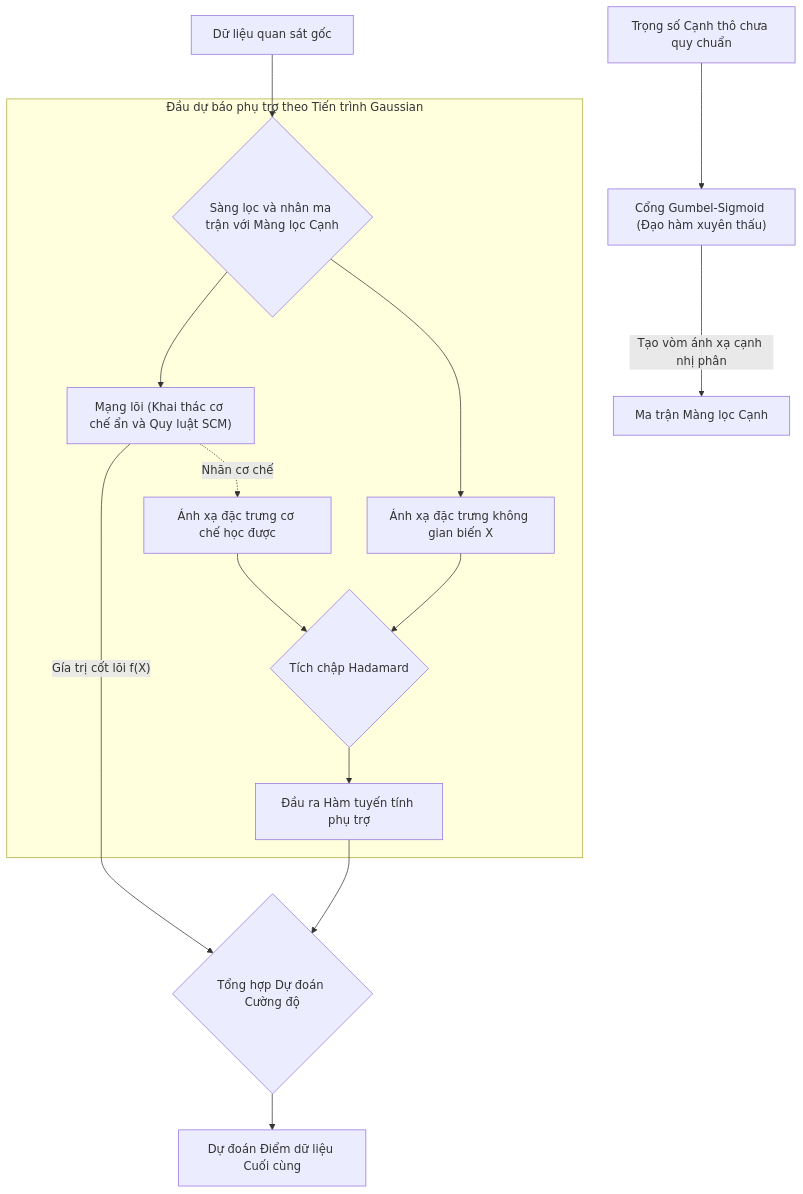
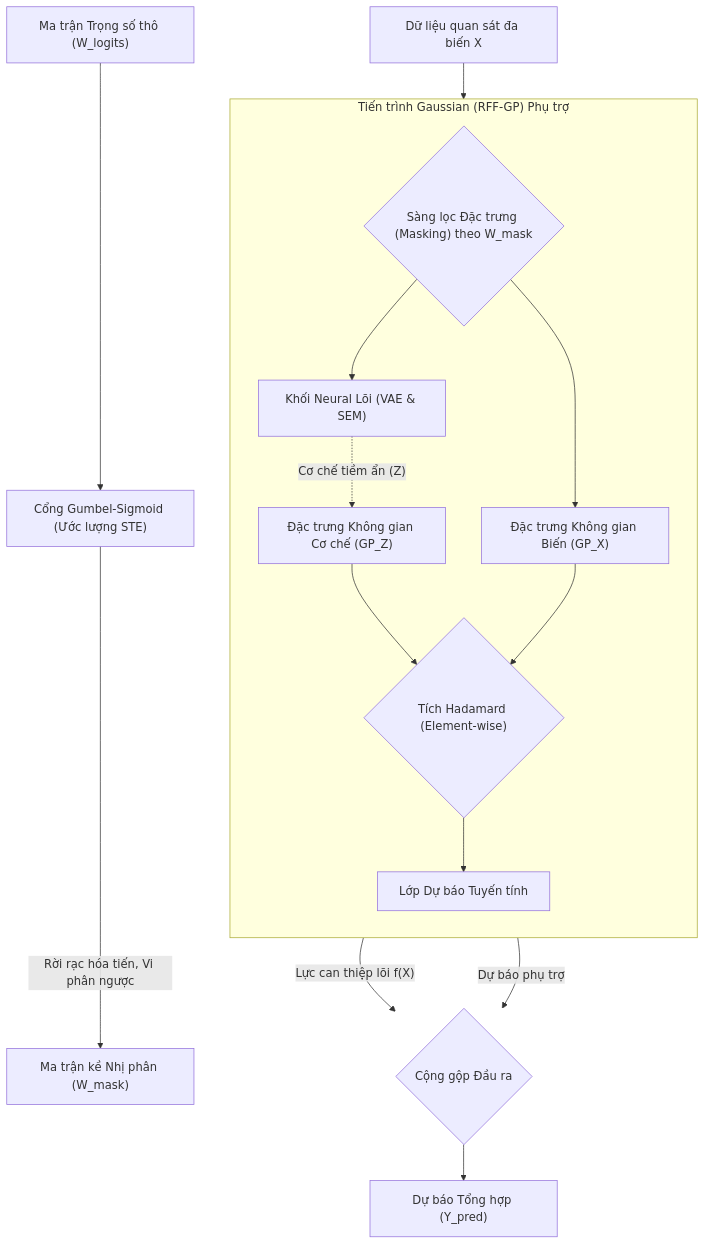
One commit to manhthai1706/DeepANM changed the fourth of 6 diagrams in docx/Chuong2_MoHinhDeepANM.md. Above: the diagram before and after it, drawn with Mermaid. The commit also changed other lines of this file, not shown here.

````diff
--- a/docx/Chuong2_MoHinhDeepANM.md
+++ b/docx/Chuong2_MoHinhDeepANM.md
@@ -120,20 +120,21 @@
 ```mermaid
 graph TD
-    W_logits["Trọng số Cạnh thô chưa quy chuẩn"] --> Gate["Cổng Gumbel-Sigmoid (Đạo hàm xuyên thấu)"]
-    Gate -->|"Tạo vòm ánh xạ cạnh nhị phân"| W_mask["Ma trận Màng lọc Cạnh"]
-    X["Dữ liệu quan sát gốc"] --> Masking{"Sàng lọc và nhân ma trận với Màng lọc Cạnh"}
+    W_logits["Ma trận Trọng số thô (W_logits)"] --> Gate["Cổng Gumbel-Sigmoid (Ước lượng STE)"]
+    Gate -->|"Rời rạc hóa tiến, Vi phân ngược"| W_mask["Ma trận kề Nhị phân (W_mask)"]
+    X["Dữ liệu quan sát đa biến X"] --> Masking{"Sàng lọc Đặc trưng (Masking) theo W_mask"}
     
-    Masking --> MLP["Mạng lõi (Khai thác cơ chế ẩn và Quy luật SCM)"]
+    Masking --> MLP["Khối Neural Lõi (VAE & SEM)"]
     
-    subgraph SongSong ["Đầu dự báo phụ trợ theo Tiến trình Gaussian"]
-        MLP -.-> |"Nhãn cơ chế"| GP_Z["Ánh xạ đặc trưng cơ chế học được"]
-        Masking --> GP_X["Ánh xạ đặc trưng không gian biến X"]
-        GP_Z --> Combine{"Tích chập Hadamard"}
+    subgraph SongSong ["Tiến trình Gaussian (RFF-GP) Phụ trợ"]
+        direction TB
+        MLP -.-> |"Cơ chế tiềm ẩn (Z)"| GP_Z["Đặc trưng Không gian Cơ chế (GP_Z)"]
+        Masking --> GP_X["Đặc trưng Không gian Biến (GP_X)"]
+        GP_Z --> Combine{"Tích Hadamard (Element-wise)"}
         GP_X --> Combine
-        Combine --> Linear["Đầu ra Hàm tuyến tính phụ trợ"]
+        Combine --> Linear["Lớp Dự báo Tuyến tính"]
     end
     
-    MLP --> |"Gía trị cốt lõi f(X)"| Sum{"Tổng hợp Dự đoán Cường độ"}
-    Linear --> Sum
-    Sum --> Y_pred["Dự đoán Điểm dữ liệu Cuối cùng"]
+    MLP --> |"Lực can thiệp lõi f(X)"| Sum{"Cộng gộp Đầu ra"}
+    Linear --> |"Dự báo phụ trợ"| Sum
+    Sum --> Y_pred["Dự báo Tổng hợp (Y_pred)"]
 ```
````
